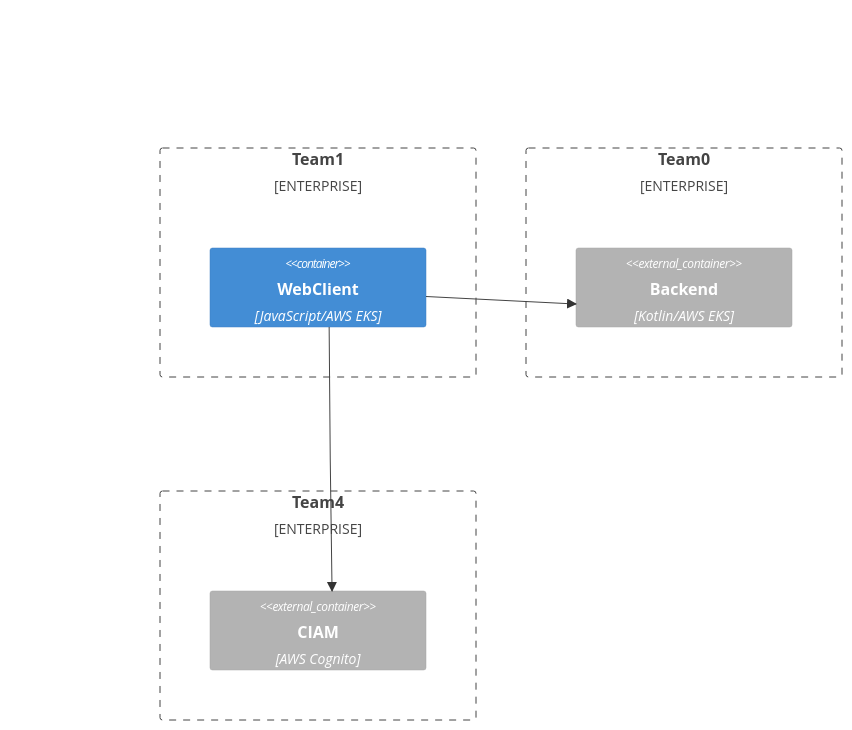
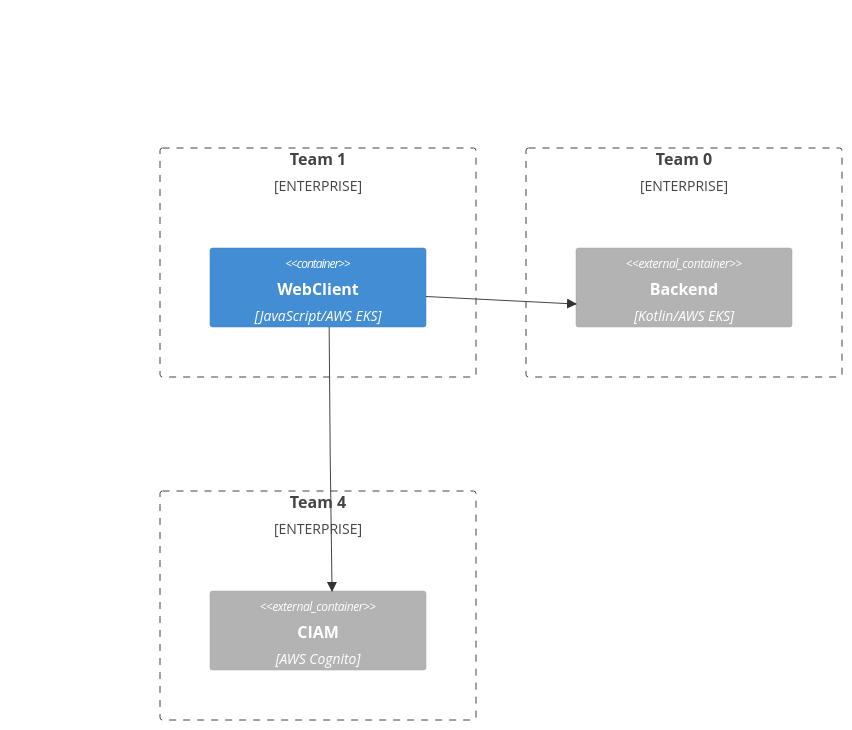
The second of 2 diagrams in README.md (kislerdm/org-infrastructure-overview), drawn with Mermaid before and after one commit. The commit also changed other lines of this file, not shown here.

````diff
--- a/README.md
+++ b/README.md
@@ -123,18 +125,18 @@
 ```mermaid
 C4Context
 
-Enterprise_Boundary(team1, "Team1") {
+Enterprise_Boundary(team1, "Team 1") {
     Container(team1.app, "WebClient", "JavaScript/AWS EKS")
 }
 
-Enterprise_Boundary(team0, "Team0") {
+Enterprise_Boundary(team0, "Team 0") {
     Container_Ext(team0.app, "Backend", "Kotlin/AWS EKS")
 }
 
-Enterprise_Boundary(team4, "Team4") {
+Enterprise_Boundary(team4, "Team 4") {
     Container_Ext(iam, "CIAM", "AWS Cognito")
 }
 
 Rel(team1.app, team0.app, "")
 Rel(team1.app, iam, "")
 ```
````
